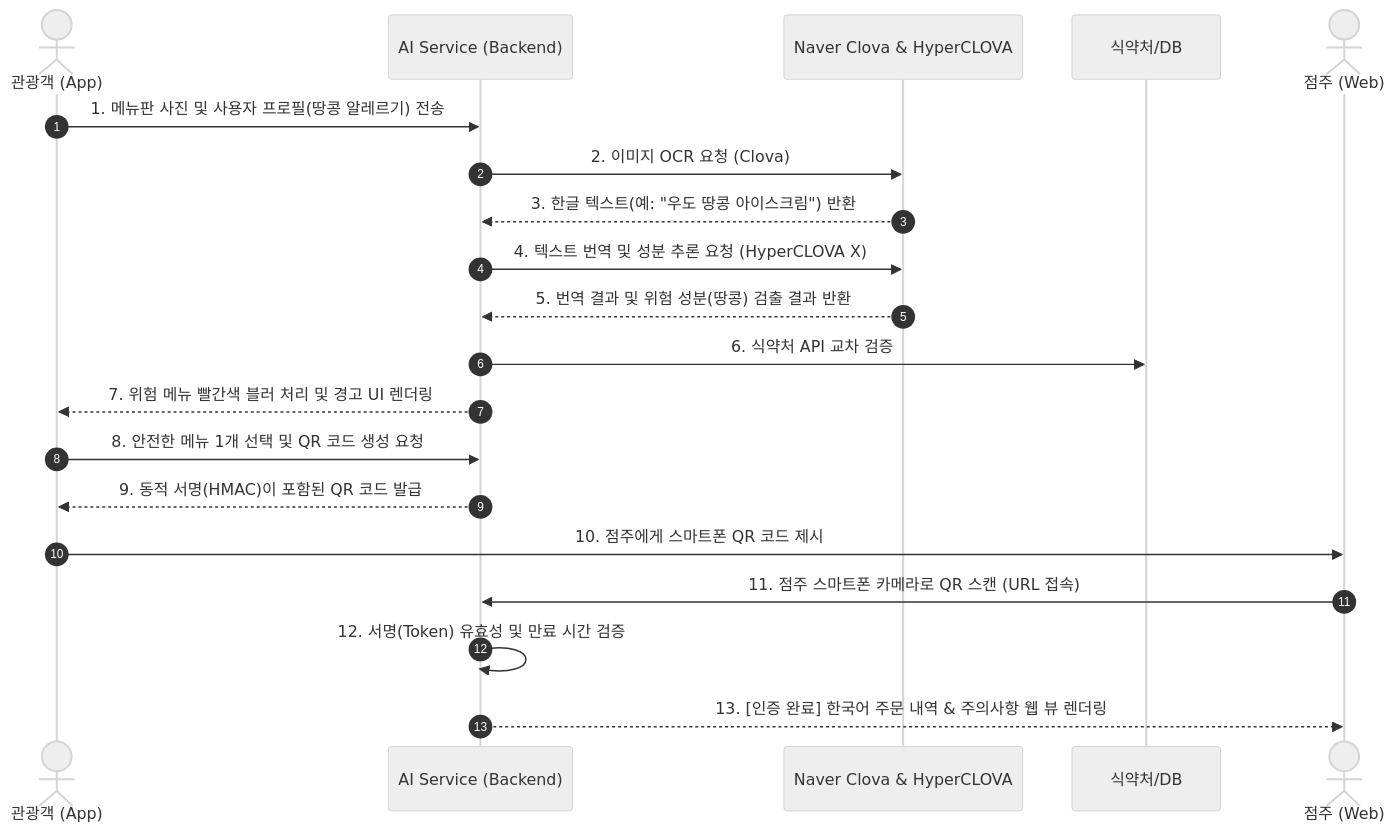
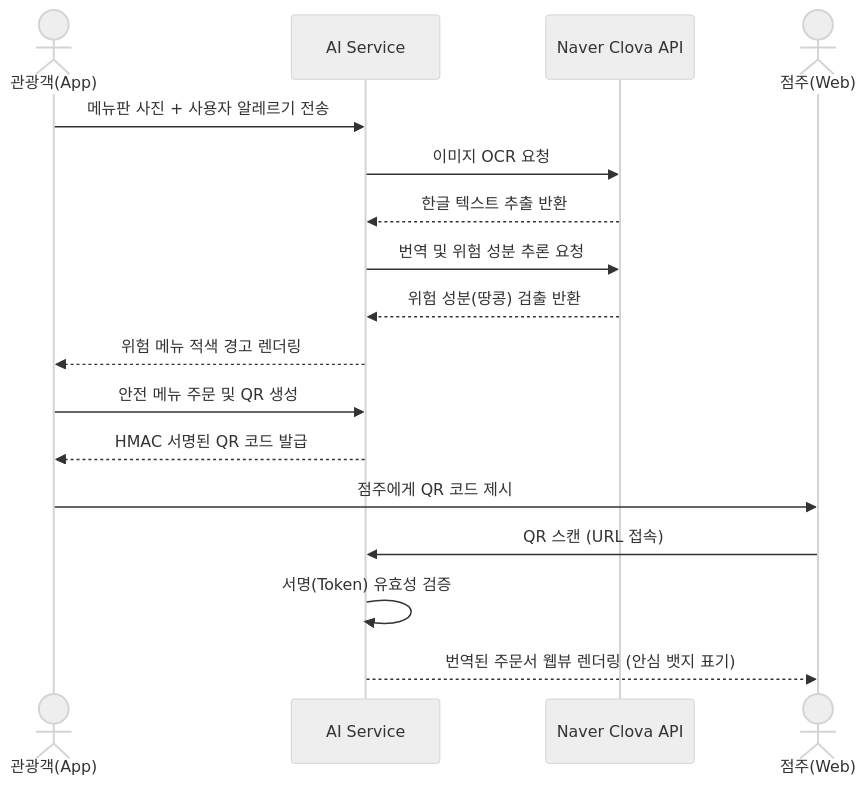
One commit to JangSeungyun/okeymeal-html changed the second of 2 diagrams in 02.Planning_Design/Architecture.md. Above: the diagram before and after it, drawn with Mermaid (neutral theme). The commit also changed other lines of this file and 5 other files, not shown here.

````diff
--- a/02.Planning_Design/Architecture.md
+++ b/02.Planning_Design/Architecture.md
@@ -102,25 +165,22 @@
 ```mermaid
 sequenceDiagram
-    autonumber
-    actor Tourist as 관광객 (App)
-    participant AISvc as AI Service (Backend)
-    participant NaverAPI as Naver Clova & HyperCLOVA
-    participant DB as 식약처/DB
-    actor Owner as 점주 (Web)
+    actor Tourist as 관광객(App)
+    participant AISvc as AI Service
+    participant NaverAPI as Naver Clova API
+    actor Owner as 점주(Web)
 
-    Tourist->>AISvc: 1. 메뉴판 사진 및 사용자 프로필(땅콩 알레르기) 전송
-    AISvc->>NaverAPI: 2. 이미지 OCR 요청 (Clova)
-    NaverAPI-->>AISvc: 3. 한글 텍스트(예: "우도 땅콩 아이스크림") 반환
-    AISvc->>NaverAPI: 4. 텍스트 번역 및 성분 추론 요청 (HyperCLOVA X)
-    NaverAPI-->>AISvc: 5. 번역 결과 및 위험 성분(땅콩) 검출 결과 반환
-    AISvc->>DB: 6. 식약처 API 교차 검증
-    AISvc-->>Tourist: 7. 위험 메뉴 빨간색 블러 처리 및 경고 UI 렌더링
+    Tourist->>AISvc: 메뉴판 사진 + 사용자 알레르기 전송
+    AISvc->>NaverAPI: 이미지 OCR 요청
+    NaverAPI-->>AISvc: 한글 텍스트 추출 반환
+    AISvc->>NaverAPI: 번역 및 위험 성분 추론 요청
+    NaverAPI-->>AISvc: 위험 성분(땅콩) 검출 반환
+    AISvc-->>Tourist: 위험 메뉴 적색 경고 렌더링
     
-    Tourist->>AISvc: 8. 안전한 메뉴 1개 선택 및 QR 코드 생성 요청
-    AISvc-->>Tourist: 9. 동적 서명(HMAC)이 포함된 QR 코드 발급
+    Tourist->>AISvc: 안전 메뉴 주문 및 QR 생성
+    AISvc-->>Tourist: HMAC 서명된 QR 코드 발급
     
-    Tourist->>Owner: 10. 점주에게 스마트폰 QR 코드 제시
-    Owner->>AISvc: 11. 점주 스마트폰 카메라로 QR 스캔 (URL 접속)
-    AISvc->>AISvc: 12. 서명(Token) 유효성 및 만료 시간 검증
-    AISvc-->>Owner: 13. [인증 완료] 한국어 주문 내역 & 주의사항 웹 뷰 렌더링
+    Tourist->>Owner: 점주에게 QR 코드 제시
+    Owner->>AISvc: QR 스캔 (URL 접속)
+    AISvc->>AISvc: 서명(Token) 유효성 검증
+    AISvc-->>Owner: 번역된 주문서 웹뷰 렌더링 (안심 뱃지 표기)
 ```
````
